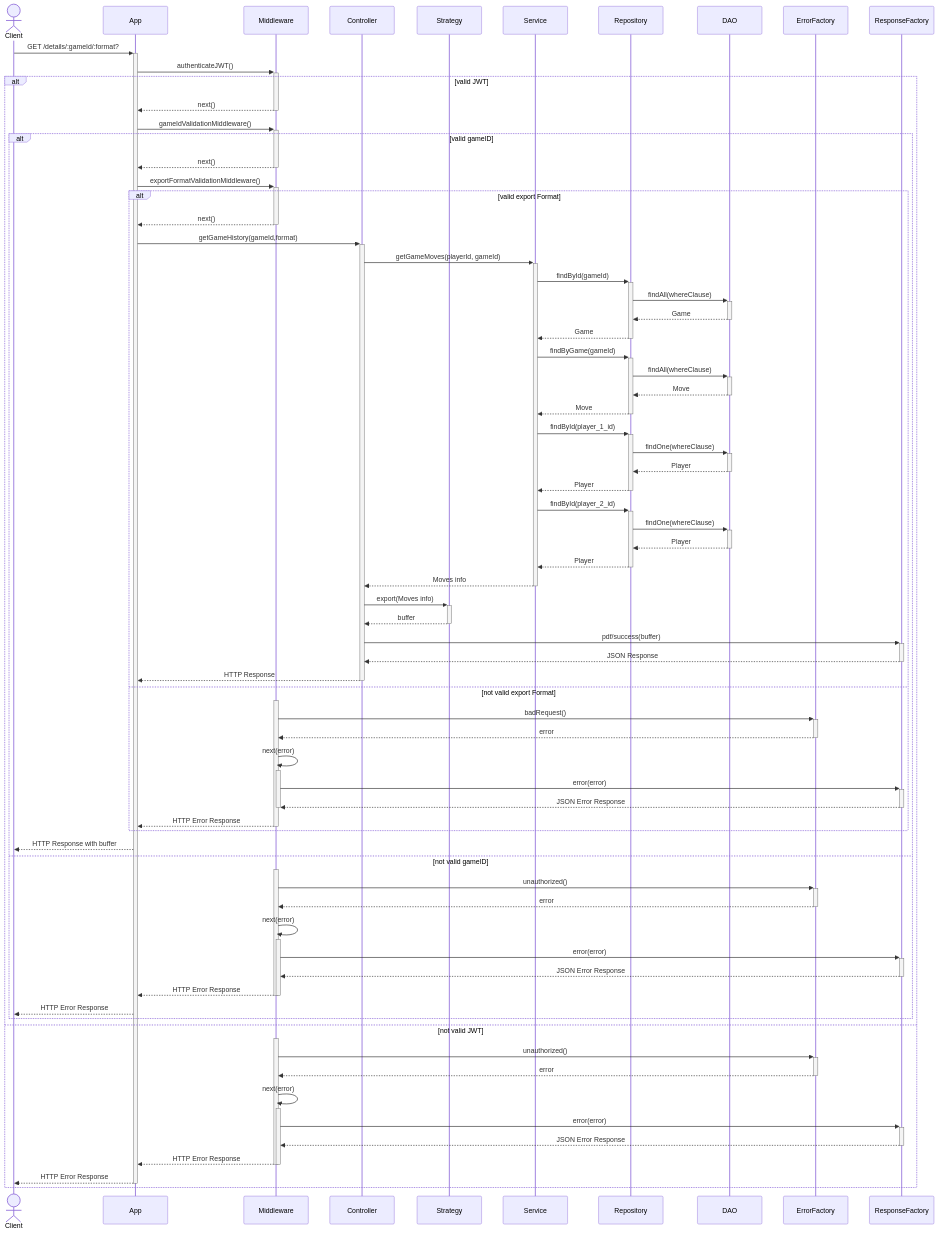
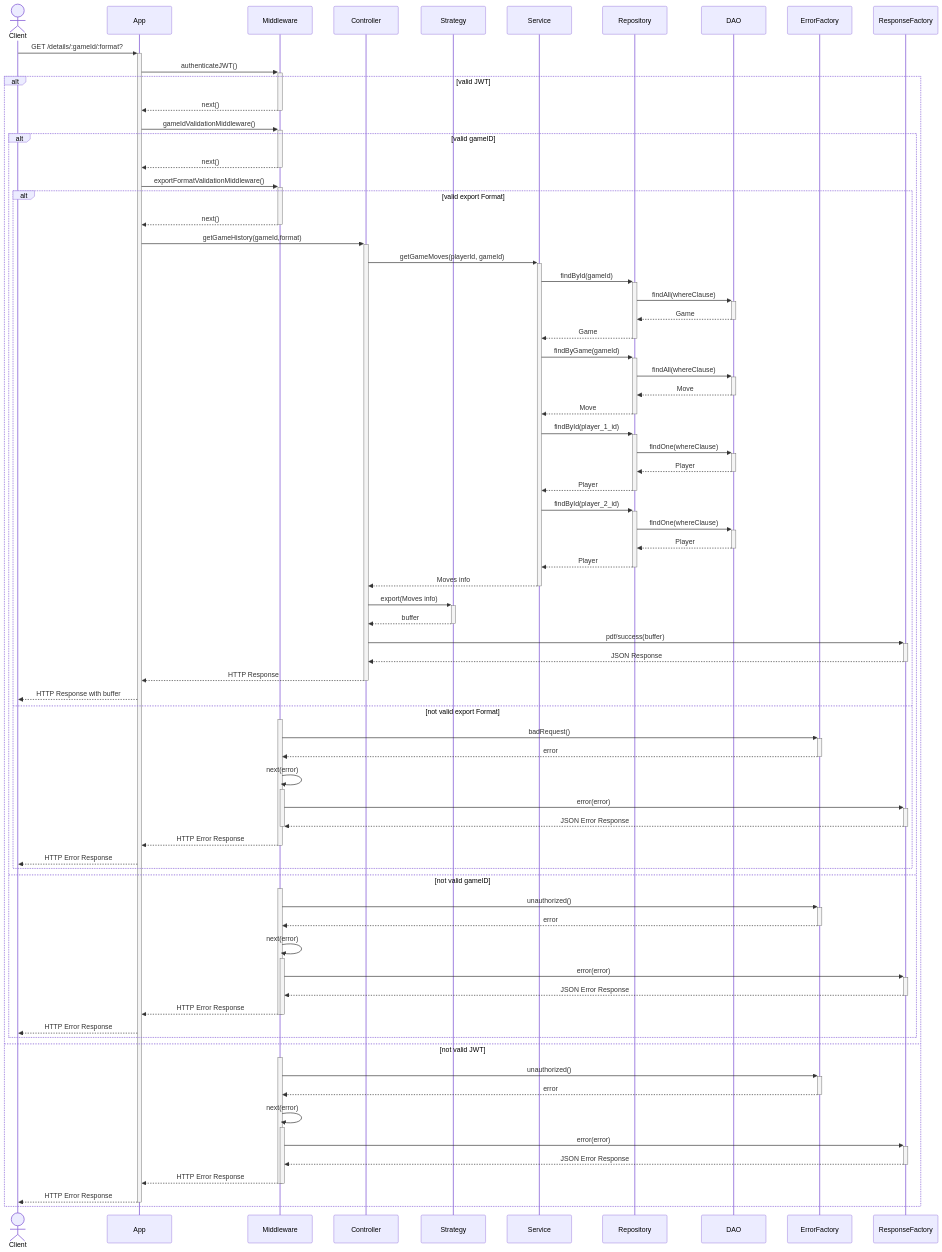
Before and after one commit to nicolobartolinii/chess-backend: the seventh of 7 diagrams in README.md, drawn with Mermaid.

Commit message:
minor minor fix

````diff
--- a/README.md
+++ b/README.md
@@ -482,82 +482,83 @@
 ```mermaid
 sequenceDiagram
     actor Client
     participant App
     participant Middleware
     participant Controller
     participant Strategy
     participant Service
     participant Repository
     participant DAO
     participant ErrorFactory
     participant ResponseFactory
 
     Client ->>+ App: GET /details/:gameId/:format?
     App ->>+ Middleware: authenticateJWT()
     alt valid JWT
         Middleware -->>- App: next()
         App ->>+ Middleware: gameIdValidationMiddleware()
         alt valid gameID
             Middleware -->>- App: next()
             App ->>+ Middleware: exportFormatValidationMiddleware()
             alt valid export Format
                 Middleware -->>- App: next()
                 App ->>+ Controller: getGameHistory(gameId,format)
                 Controller ->>+ Service: getGameMoves(playerId, gameId)
                 Service ->>+ Repository: findById(gameId)
                 Repository ->>+ DAO: findAll(whereClause)
                 DAO -->>- Repository: Game
                 Repository -->>- Service: Game
                 Service ->>+ Repository : findByGame(gameId)
                 Repository ->>+ DAO: findAll(whereClause)
                 DAO -->>- Repository : Move
                 Repository -->>- Service: Move
                 Service ->>+ Repository : findById(player_1_id)
                 Repository ->>+ DAO : findOne(whereClause)
                 DAO -->>- Repository : Player
                 Repository -->>- Service: Player
                 Service ->>+ Repository : findById(player_2_id)
                 Repository ->>+ DAO : findOne(whereClause)
                 DAO -->>- Repository : Player
                 Repository -->>- Service: Player
                 Service -->>- Controller: Moves info
                 Controller ->>+ Strategy: export(Moves info)
                 Strategy -->>- Controller: buffer
                 Controller ->>+ ResponseFactory: pdf/success(buffer)
                 ResponseFactory -->>- Controller: JSON Response
                 Controller -->>- App: HTTP Response
+                App -->> Client: HTTP Response with buffer
             else not valid export Format
                 activate Middleware
                 Middleware ->>+ ErrorFactory: badRequest()
                 ErrorFactory -->>- Middleware: error
                 Middleware ->>+ Middleware: next(error)
                 Middleware ->>+ ResponseFactory: error(error)
                 ResponseFactory -->>- Middleware: JSON Error Response
                 deactivate Middleware
                 Middleware -->>- App: HTTP Error Response
+                App -->> Client: HTTP Error Response
             end
-            App -->> Client: HTTP Response with buffer
         else not valid gameID
             activate Middleware
             Middleware ->>+ ErrorFactory: unauthorized()
             ErrorFactory -->>- Middleware: error
             Middleware ->>+ Middleware: next(error)
             Middleware ->>+ ResponseFactory: error(error)
             ResponseFactory -->>- Middleware: JSON Error Response
             Middleware -->>- App: HTTP Error Response
             deactivate Middleware
             App -->> Client: HTTP Error Response
         end
     else not valid JWT
         activate Middleware
         Middleware ->>+ ErrorFactory: unauthorized()
         ErrorFactory -->>- Middleware: error
         Middleware ->>+ Middleware: next(error)
         Middleware ->>+ ResponseFactory: error(error)
         ResponseFactory -->>- Middleware: JSON Error Response
         Middleware -->>- App: HTTP Error Response
         deactivate Middleware
         App -->>- Client: HTTP Error Response
     end
 
 ```
````
